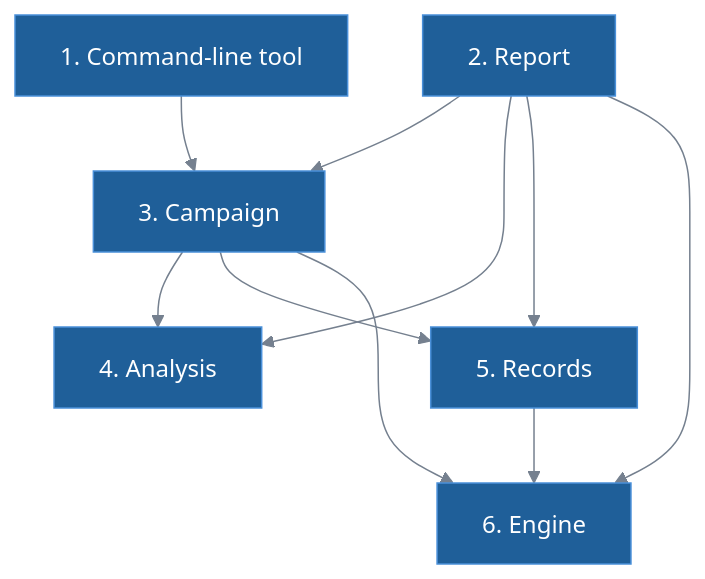
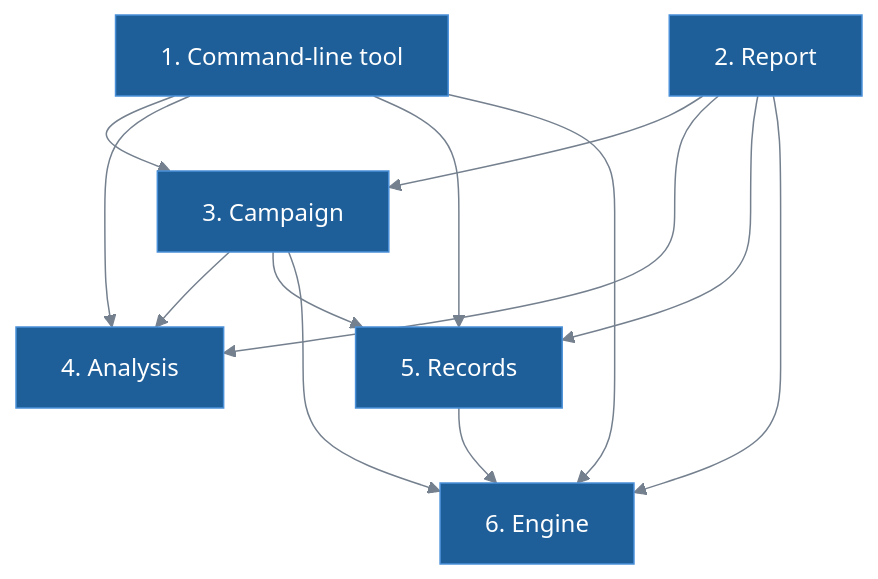
The first of 2 diagrams in docs/codes/architecture.md (lykimq/HerdSim), drawn with Mermaid before and after one commit. The commit also changed other lines of this file and 95 other files, not shown here.

````diff
--- a/docs/codes/architecture.md
+++ b/docs/codes/architecture.md
@@ -22,20 +22,23 @@
 ```mermaid
 %%{init: {"theme": "base", "themeVariables": {"primaryColor": "#1f5f99", "primaryTextColor": "#ffffff", "primaryBorderColor": "#4a90d9", "lineColor": "#75808f", "tertiaryTextColor": "#75808f", "titleColor": "#75808f", "clusterBkg": "transparent", "clusterBorder": "#75808f", "edgeLabelBackground": "transparent"}}}%%
 flowchart TB
     tools["1. Command-line tool"]
     report["2. Report"]
     campaign["3. Campaign"]
     analysis["4. Analysis"]
     records["5. Records"]
     engine["6. Engine"]
 
     tools --> campaign
+    tools --> analysis
+    tools --> records
+    tools --> engine
     report --> campaign
     report --> analysis
     report --> records
     report --> engine
     campaign --> analysis
     campaign --> records
     campaign --> engine
     records --> engine
 ```
````
